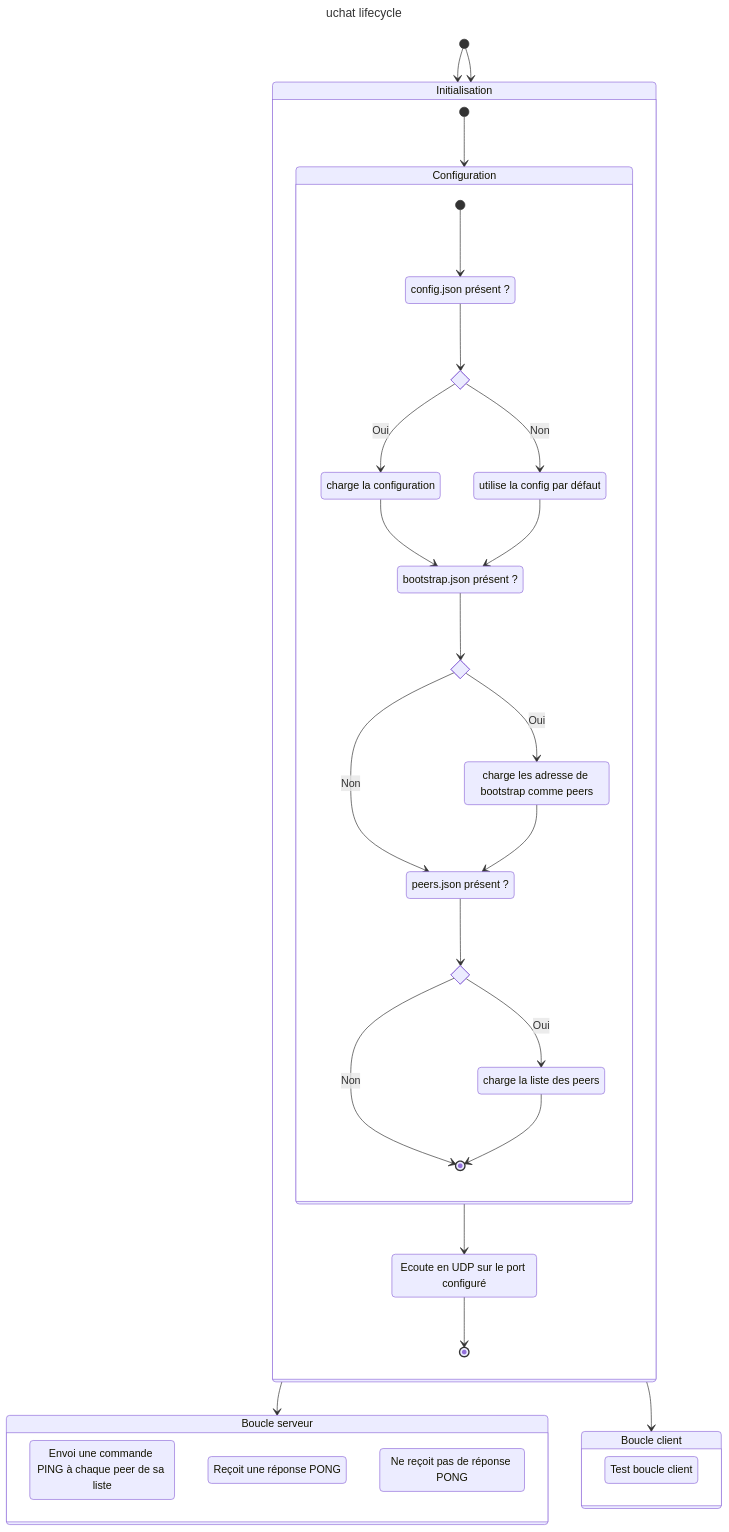
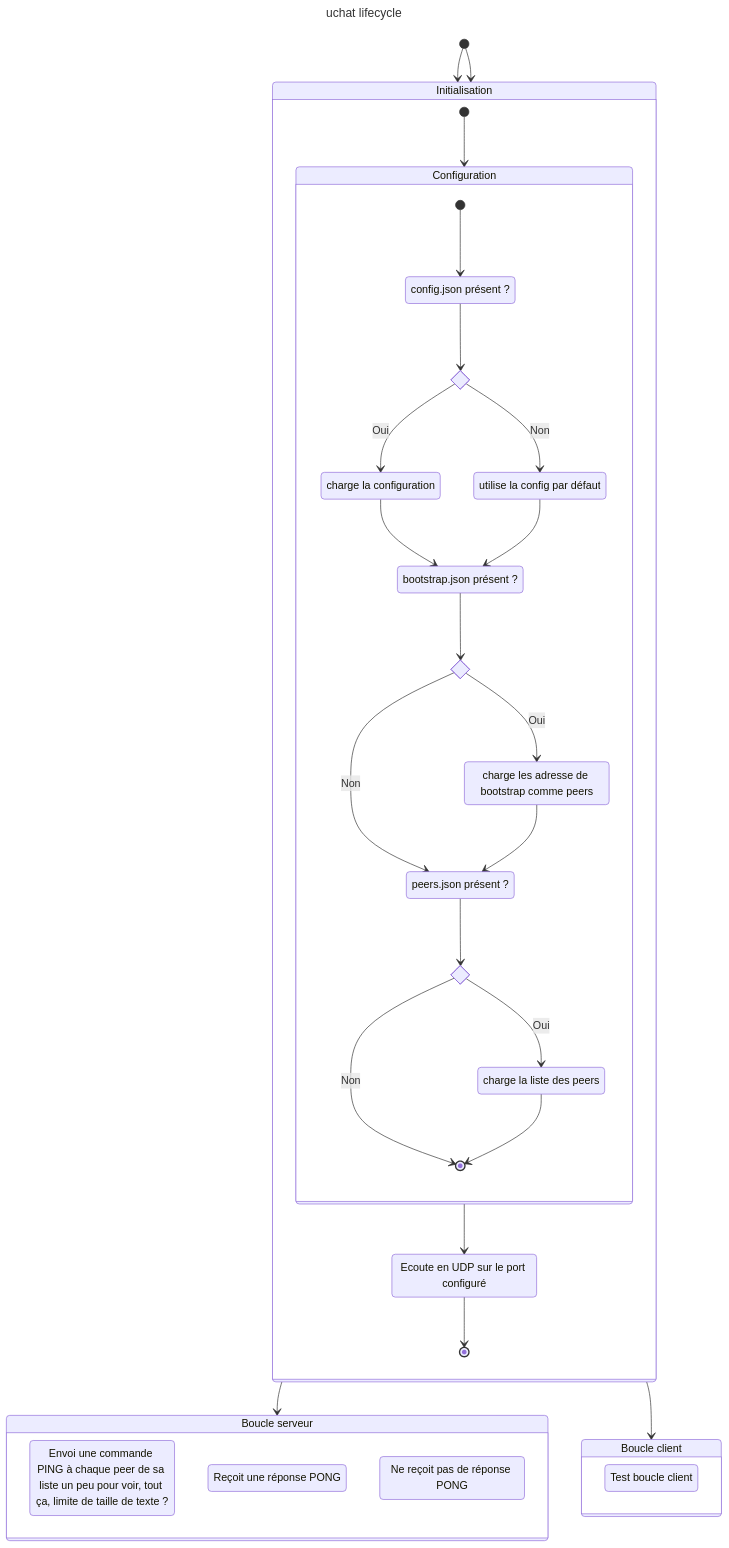
Before and after one commit to Yarg-mirror/uchat: the diagram in doc/images/flow.mmd, drawn with Mermaid. The commit also changed 6 other files, not shown here.

```diff
--- a/doc/images/flow.mmd
+++ b/doc/images/flow.mmd
@@ -1,66 +1,66 @@
 ---
 title: uchat lifecycle
 ---
 
 stateDiagram-v2
   state Configuration {
     state c_if_config <<choice>>
     state c_if_bootstrap <<choice>>
     state c_if_peers <<choice>>
 
     c_s1: config.json présent ?
     c_s2: charge la configuration
     c_s3: utilise la config par défaut
     c_s4: bootstrap.json présent ?
     c_s5: charge les adresse de bootstrap comme peers
     c_s6: peers.json présent ?
     c_s7: charge la liste des peers
 
     [*] --> c_s1
 
     c_s1 --> c_if_config
     c_if_config --> c_s2: Oui
     c_if_config --> c_s3: Non
 
     c_s2 --> c_s4
     c_s3 --> c_s4
 
     c_s4 --> c_if_bootstrap
     c_if_bootstrap --> c_s5: Oui
     c_if_bootstrap --> c_s6: Non
 
     c_s5 --> c_s6
 
     c_s6 --> c_if_peers
     c_if_peers --> c_s7: Oui
     c_if_peers --> [*]: Non
 
     c_s7 --> [*]
   }
 
   state Initialisation {
     i_s1: Ecoute en UDP sur le port configuré
 
     [*] --> Configuration
     Configuration --> i_s1
     i_s1 --> [*]
   }
 
   bs: Boucle serveur
   bc: Boucle client
 
   state bs {
-    bs_s1: Envoi une commande PING à chaque peer de sa liste
+    bs_s1: Envoi une commande PING à chaque peer de sa liste un peu pour voir, tout ça, limite de taille de texte ?
     bs_s2: Reçoit une réponse PONG
     bs_s3: Ne reçoit pas de réponse PONG
   }
 
   state bc {
     bc_s1: Test boucle client
   }
 
   [*] --> Initialisation
   Initialisation --> bs
 
   [*] --> Initialisation
   Initialisation --> bc
```
